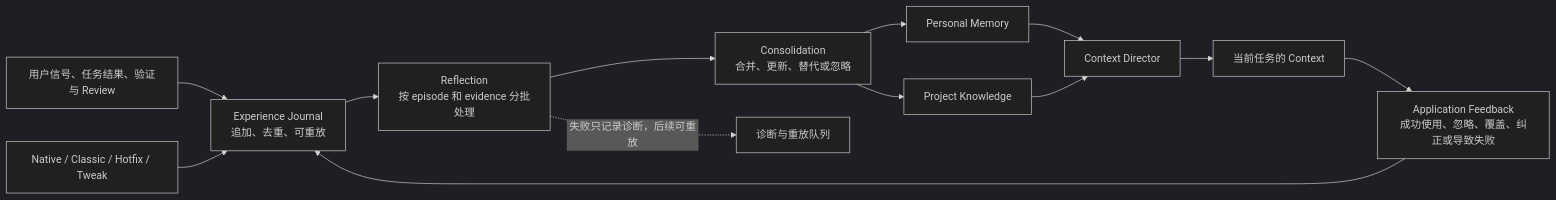
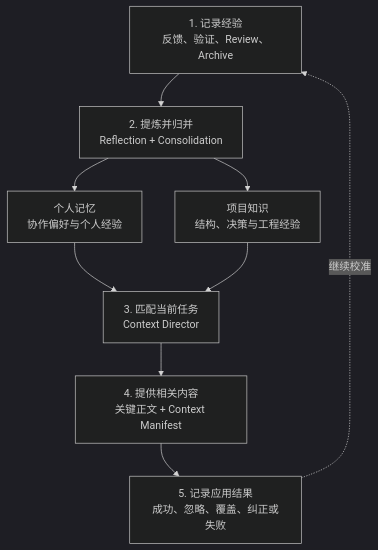
The diagram in zh/plugins/agent-learning-loop.mdx (rpamis/comet-website-docs), drawn with Mermaid (dark theme) before and after one commit. The commit also changed other lines of this file and 158 other files, not shown here.

````diff
--- a/zh/plugins/agent-learning-loop.mdx
+++ b/zh/plugins/agent-learning-loop.mdx
@@ -27,15 +65,11 @@
 ```mermaid
-flowchart LR
-  U["用户信号、任务结果、验证与 Review"] --> J["Experience Journal\n追加、去重、可重放"]
-  W["Native / Classic / Hotfix / Tweak"] --> J
-  J --> R["Reflection\n按 episode 和 evidence 分批处理"]
-  R --> C["Consolidation\n合并、更新、替代或忽略"]
-  C --> P["Personal Memory"]
-  C --> K["Project Knowledge"]
-  P --> D["Context Director"]
+flowchart TD
+  E["1. 记录经验<br/>反馈、验证、Review、Archive"] --> R["2. 提炼并归并<br/>Reflection + Consolidation"]
+  R --> M["个人记忆<br/>协作偏好与个人经验"]
+  R --> K["项目知识<br/>结构、决策与工程经验"]
+  M --> D["3. 匹配当前任务<br/>Context Director"]
   K --> D
-  D --> A["当前任务的 Context"]
-  A --> F["Application Feedback\n成功使用、忽略、覆盖、纠正或导致失败"]
-  F --> J
-  R -."失败只记录诊断，后续可重放".-> X["诊断与重放队列"]
+  D --> A["4. 提供相关内容<br/>关键正文 + Context Manifest"]
+  A --> F["5. 记录应用结果<br/>成功、忽略、覆盖、纠正或失败"]
+  F -. 继续校准 .-> E
 ```
````
